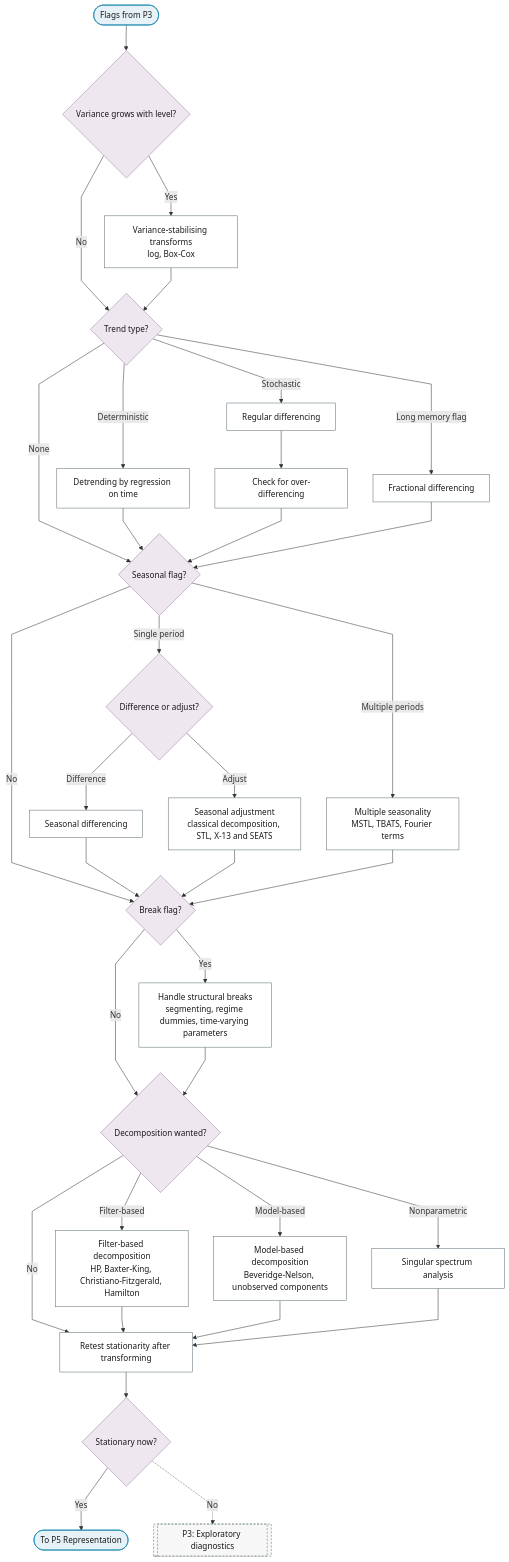
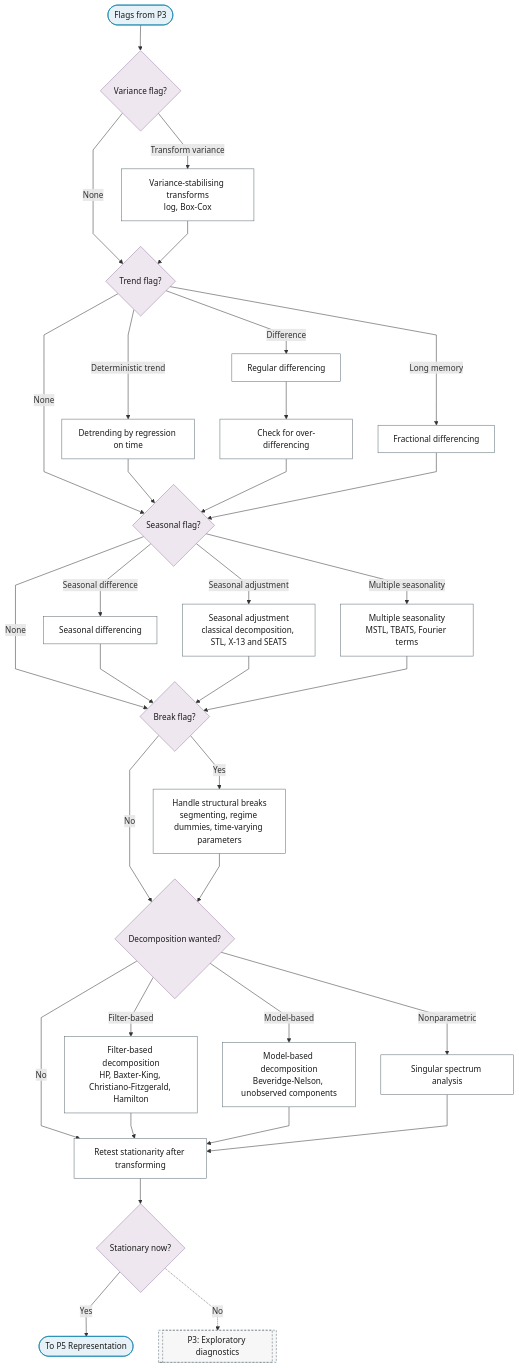
The diagram in docs/01-workflow/p04-transformations.md (Shuxin-Y/time-series-analysis-manual), drawn with Mermaid before and after one commit. The commit also changed 9 other files, not shown here.

First line of the commit message:
fix(flowchart): decision logic is total and flags are a real contract

````diff
--- a/docs/01-workflow/p04-transformations.md
+++ b/docs/01-workflow/p04-transformations.md
@@ -9,43 +9,42 @@
 ```mermaid
 %%{init: {"flowchart": {"curve": "linear"}}}%%
 graph TD
-    P4_IN(["Flags from P3"]) --> P4_VARIANCE{"Variance grows with level?"}
-    P4_VARIANCE -->|"Yes"| P4_LOG_BOXCOX["Variance-stabilising transforms<br/>log, Box-Cox"]
-    P4_VARIANCE -->|"No"| P4_TREND
-    P4_LOG_BOXCOX --> P4_TREND{"Trend type?"}
-    P4_TREND -->|"Deterministic"| P4_DETREND["Detrending by regression on time"]
-    P4_TREND -->|"Stochastic"| P4_DIFFERENCE["Regular differencing"]
-    P4_TREND -->|"Long memory flag"| P4_FRACTIONAL_DIFFERENCE["Fractional differencing"]
+    P4_IN(["Flags from P3"]) --> P4_VARIANCE{"Variance flag?"}
+    P4_VARIANCE -->|"Transform variance"| P4_LOG_BOXCOX["Variance-stabilising transforms<br/>log, Box-Cox"]
+    P4_VARIANCE -->|"None"| P4_TREND
+    P4_LOG_BOXCOX --> P4_TREND{"Trend flag?"}
+    P4_TREND -->|"Deterministic trend"| P4_DETREND["Detrending by regression on time"]
+    P4_TREND -->|"Difference"| P4_DIFFERENCE["Regular differencing"]
+    P4_TREND -->|"Long memory"| P4_FRACTIONAL_DIFFERENCE["Fractional differencing"]
     P4_TREND -->|"None"| P4_SEASON
     P4_DIFFERENCE --> P4_OVERDIFFERENCING["Check for over-differencing"]
     P4_DETREND & P4_OVERDIFFERENCING & P4_FRACTIONAL_DIFFERENCE --> P4_SEASON{"Seasonal flag?"}
-    P4_SEASON -->|"Single period"| P4_SEASONAL_CHOICE{"Difference or adjust?"}
-    P4_SEASON -->|"Multiple periods"| P4_MULTIPLE_SEASONALITY["Multiple seasonality<br/>MSTL, TBATS, Fourier terms"]
-    P4_SEASON -->|"No"| P4_BREAKS
-    P4_SEASONAL_CHOICE -->|"Difference"| P4_SEASONAL_DIFFERENCE["Seasonal differencing"]
-    P4_SEASONAL_CHOICE -->|"Adjust"| P4_SEASONAL_ADJUSTMENT["Seasonal adjustment<br/>classical decomposition, STL, X-13 and SEATS"]
+    P4_SEASON -->|"Seasonal difference"| P4_SEASONAL_DIFFERENCE["Seasonal differencing"]
+    P4_SEASON -->|"Seasonal adjustment"| P4_SEASONAL_ADJUSTMENT["Seasonal adjustment<br/>classical decomposition, STL, X-13 and SEATS"]
+    P4_SEASON -->|"Multiple seasonality"| P4_MULTIPLE_SEASONALITY["Multiple seasonality<br/>MSTL, TBATS, Fourier terms"]
+    P4_SEASON -->|"None"| P4_BREAKS
     P4_SEASONAL_DIFFERENCE & P4_SEASONAL_ADJUSTMENT & P4_MULTIPLE_SEASONALITY --> P4_BREAKS{"Break flag?"}
     P4_BREAKS -->|"Yes"| P4_BREAK_HANDLING["Handle structural breaks<br/>segmenting, regime dummies, time-varying parameters"]
     P4_BREAKS -->|"No"| P4_DECOMP
     P4_BREAK_HANDLING --> P4_DECOMP{"Decomposition wanted?"}
     P4_DECOMP -->|"Filter-based"| P4_FILTER_DECOMPOSITION["Filter-based decomposition<br/>HP, Baxter-King, Christiano-Fitzgerald, Hamilton"]
     P4_DECOMP -->|"Model-based"| P4_MODEL_DECOMPOSITION["Model-based decomposition<br/>Beveridge-Nelson, unobserved components"]
     P4_DECOMP -->|"Nonparametric"| P4_SSA["Singular spectrum analysis"]
     P4_DECOMP -->|"No"| P4_RETEST
     P4_FILTER_DECOMPOSITION & P4_MODEL_DECOMPOSITION & P4_SSA --> P4_RETEST["Retest stationarity after transforming"]
     P4_RETEST --> P4_STATIONARY{"Stationary now?"}
     P4_STATIONARY -->|"Yes"| P4_OUT(["To P5 Representation"])
     P4_STATIONARY -.->|"No"| P3[["P3: Exploratory diagnostics"]]
     class P4_IN,P4_OUT terminator
-    class P4_VARIANCE,P4_TREND,P4_SEASON,P4_SEASONAL_CHOICE,P4_BREAKS,P4_DECOMP,P4_STATIONARY decision
-    class P4_LOG_BOXCOX,P4_DIFFERENCE,P4_OVERDIFFERENCING,P4_FRACTIONAL_DIFFERENCE,P4_DETREND,P4_SEASONAL_DIFFERENCE,P4_SEASONAL_ADJUSTMENT,P4_MULTIPLE_SEASONALITY,P4_BREAK_HANDLING,P4_FILTER_DECOMPOSITION,P4_MODEL_DECOMPOSITION,P4_SSA,P4_RETEST process
+    class P4_VARIANCE,P4_TREND,P4_SEASON,P4_BREAKS,P4_DECOMP,P4_STATIONARY decision
+    class P4_LOG_BOXCOX,P4_DETREND,P4_DIFFERENCE,P4_FRACTIONAL_DIFFERENCE,P4_OVERDIFFERENCING,P4_SEASONAL_DIFFERENCE,P4_SEASONAL_ADJUSTMENT,P4_MULTIPLE_SEASONALITY,P4_BREAK_HANDLING,P4_FILTER_DECOMPOSITION,P4_MODEL_DECOMPOSITION,P4_SSA,P4_RETEST process
     class P3 ref
     classDef terminator fill:#E6F2F7,stroke:#007BA7,color:#1A1A1A;
     classDef process fill:#FFFFFF,stroke:#5A6B73,color:#1A1A1A;
     classDef decision fill:#EFE7F0,stroke:#9B7FA7,color:#1A1A1A;
     classDef data fill:#FFF4E0,stroke:#C9A55E,color:#1A1A1A;
     classDef good fill:#DCEFD8,stroke:#4A7A3F,color:#1A1A1A;
     classDef escalate fill:#FFE9C2,stroke:#C9A55E,color:#1A1A1A;
     classDef problem fill:#F2D9DE,stroke:#800020,color:#1A1A1A;
     classDef ref fill:#F7F7F7,stroke:#5A6B73,color:#1A1A1A,stroke-dasharray:4 3;
 ```
````
